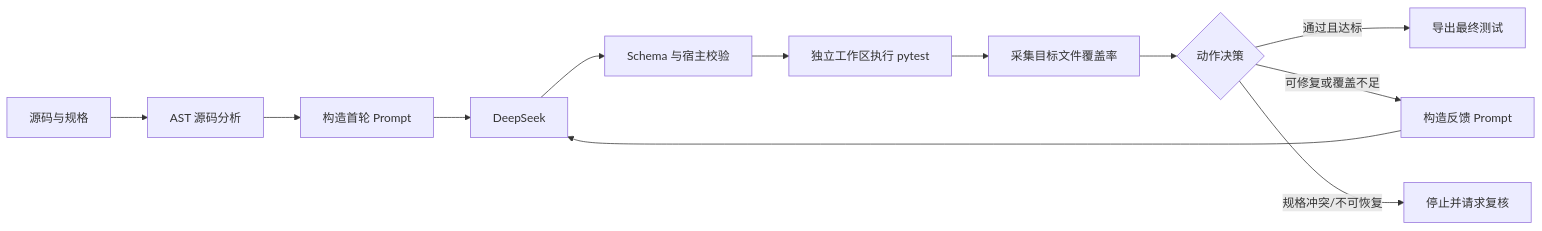
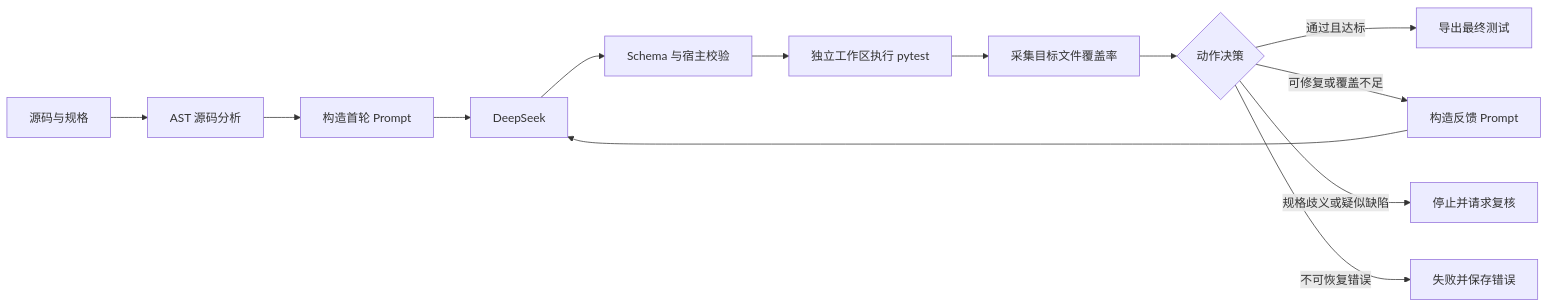
The diagram in Design.md (ZHZ1111/AgentDev), drawn with Mermaid before and after one commit. The commit also changed other lines of this file and 12 other files, not shown here.

````diff
--- a/Design.md
+++ b/Design.md
@@ -11,14 +11,15 @@
 ```mermaid
 flowchart LR
     A[源码与规格] --> B[AST 源码分析]
     B --> C[构造首轮 Prompt]
     C --> D[DeepSeek]
     D --> E[Schema 与宿主校验]
     E --> F[独立工作区执行 pytest]
     F --> G[采集目标文件覆盖率]
     G --> H{动作决策}
     H -->|通过且达标| I[导出最终测试]
     H -->|可修复或覆盖不足| J[构造反馈 Prompt]
     J --> D
-    H -->|规格冲突/不可恢复| K[停止并请求复核]
+    H -->|规格歧义或疑似缺陷| K[停止并请求复核]
+    H -->|不可恢复错误| L[失败并保存错误]
 ```
````
